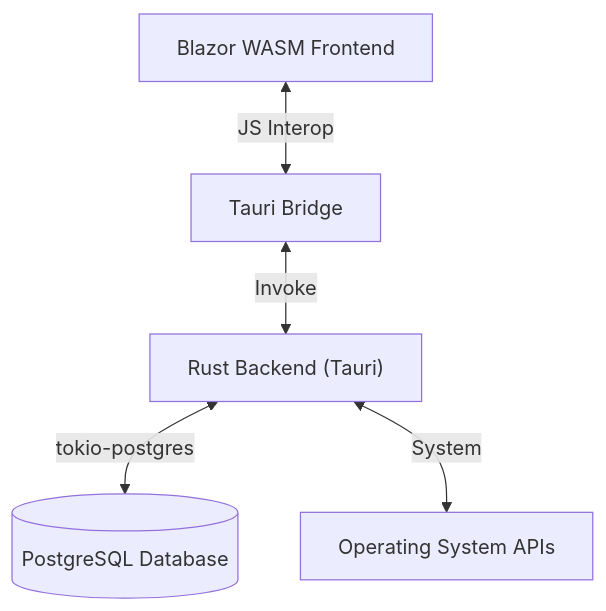
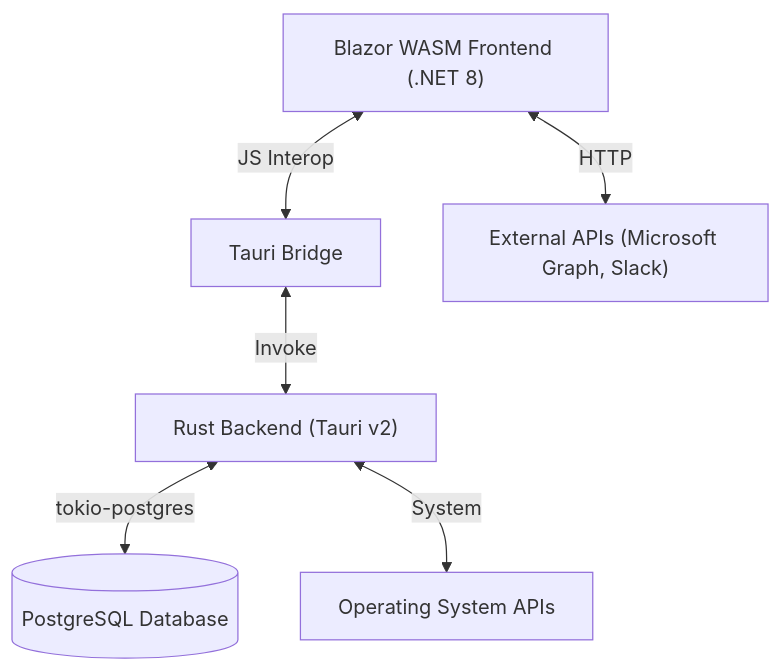
One commit to Mainali1/The-Planning-Bord changed the diagram in docs/TECHNICAL_STACK.md. Above: the diagram before and after it, drawn with Mermaid. The commit also changed other lines of this file and 35 other files, not shown here.

````diff
--- a/docs/TECHNICAL_STACK.md
+++ b/docs/TECHNICAL_STACK.md
@@ -7,7 +7,8 @@
 ```mermaid
 graph TD
-    UI["Blazor WASM Frontend"] <-->|JS Interop| Bridge["Tauri Bridge"]
-    Bridge <-->|Invoke| Rust["Rust Backend (Tauri)"]
+    UI["Blazor WASM Frontend (.NET 8)"] <-->|JS Interop| Bridge["Tauri Bridge"]
+    Bridge <-->|Invoke| Rust["Rust Backend (Tauri v2)"]
     Rust <-->|tokio-postgres| DB[("PostgreSQL Database")]
     Rust <-->|System| OS["Operating System APIs"]
+    UI <-->|HTTP| Ext["External APIs (Microsoft Graph, Slack)"]
 ```
````
